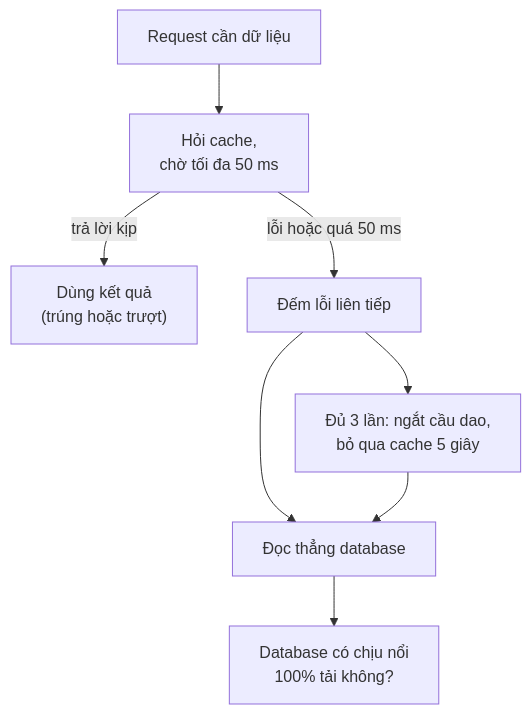
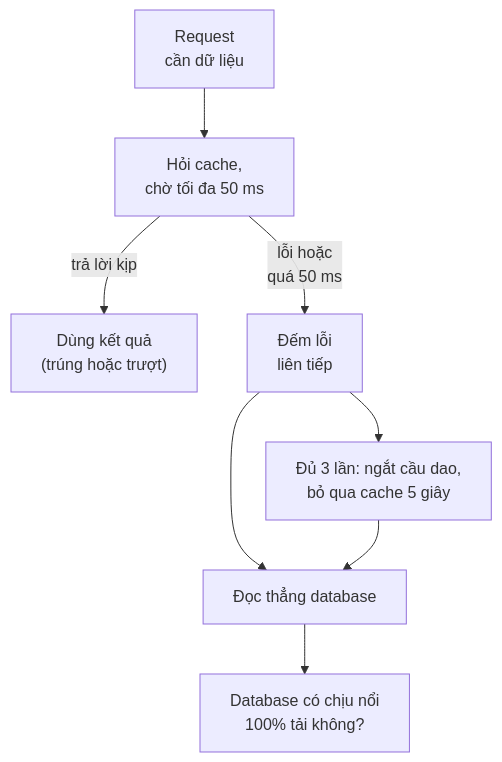
The diagram in content/posts/2026-11-22-caching-operations.md (duongbui234/software-engineering-atlas), drawn with Mermaid before and after one commit. The commit also changed 134 other files, not shown here.

First line of the commit message:
Fit every Mermaid diagram at 390px without sideways scroll (#56)

````diff
--- a/content/posts/2026-11-22-caching-operations.md
+++ b/content/posts/2026-11-22-caching-operations.md
@@ -51,10 +51,10 @@
 ```mermaid
 flowchart TB
-    R["Request cần dữ liệu"] --> T["Hỏi cache,<br/>chờ tối đa 50 ms"]
+    R["Request<br/>cần dữ liệu"] --> T["Hỏi cache,<br/>chờ tối đa 50 ms"]
     T -->|"trả lời kịp"| H["Dùng kết quả<br/>(trúng hoặc trượt)"]
-    T -->|"lỗi hoặc quá 50 ms"| C["Đếm lỗi liên tiếp"]
+    T -->|"lỗi hoặc<br/>quá 50 ms"| C["Đếm lỗi<br/>liên tiếp"]
     C --> B["Đủ 3 lần: ngắt cầu dao,<br/>bỏ qua cache 5 giây"]
     C --> D["Đọc thẳng database"]
     B --> D
     D --> L["Database có chịu nổi<br/>100% tải không?"]
 ```
````
